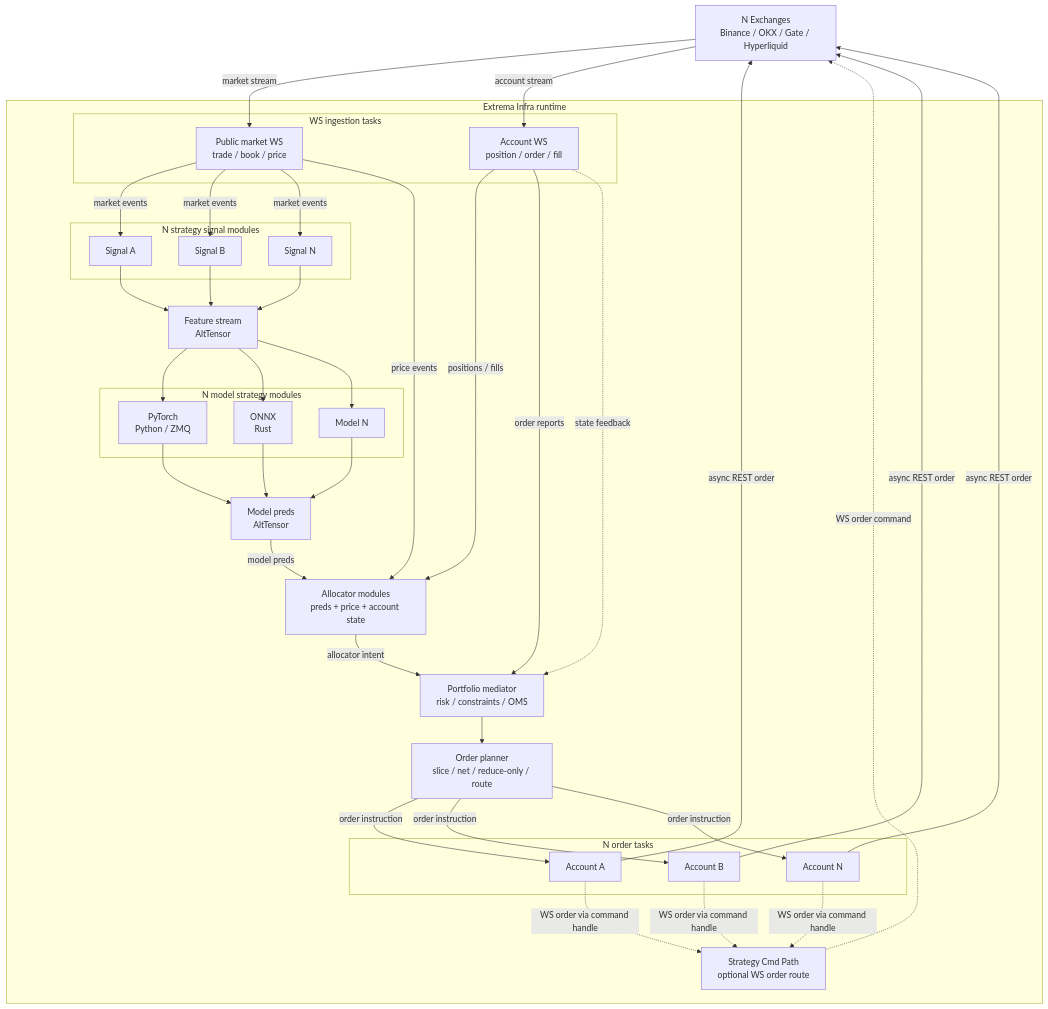
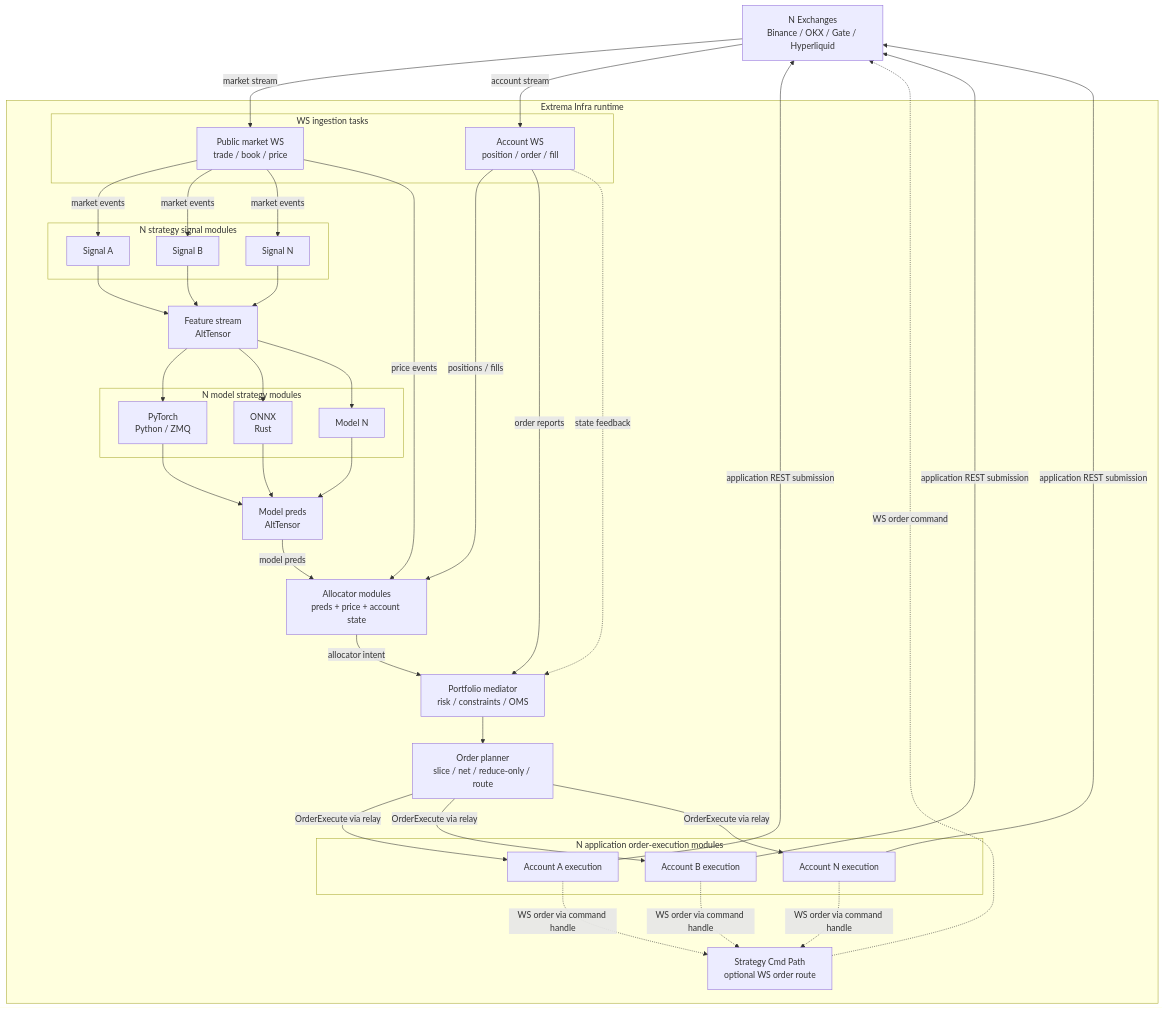
Before and after one commit to Lqz13Th/extrema_infra: the diagram in README.md, drawn with Mermaid. The commit also changed other lines of this file and 9 other files, not shown here.

````diff
--- a/README.md
+++ b/README.md
@@ -69,81 +69,81 @@
 ```mermaid
 flowchart TB
     EXS["N Exchanges<br/>Binance / OKX / Gate / Hyperliquid"]
 
     subgraph RT["Extrema Infra runtime"]
 
         subgraph INGEST["WS ingestion tasks"]
             PUB["Public market WS<br/>trade / book / price"]
             ACC["Account WS<br/>position / order / fill"]
         end
 
         subgraph SIGS["N strategy signal modules"]
             S1["Signal A"]
             S2["Signal B"]
             S3["Signal N"]
         end
 
         FEAT["Feature stream<br/>AltTensor"]
 
         subgraph MODELS["N model strategy modules"]
             M1["PyTorch<br/>Python / ZMQ"]
             M2["ONNX<br/>Rust"]
             M3["Model N"]
         end
 
         MPRED["Model preds<br/>AltTensor"]
         ALLOC["Allocator modules<br/>preds + price + account state"]
         PM["Portfolio mediator<br/>risk / constraints / OMS"]
         PLAN["Order planner<br/>slice / net / reduce-only / route"]
 
-        subgraph ORDERS["N order tasks"]
-            O1["Account A"]
-            O2["Account B"]
-            O3["Account N"]
+        subgraph ORDERS["N application order-execution modules"]
+            O1["Account A execution"]
+            O2["Account B execution"]
+            O3["Account N execution"]
         end
 
         CMD["Strategy Cmd Path<br/>optional WS order route"]
     end
 
     EXS -->|market stream| PUB
     EXS -->|account stream| ACC
 
     PUB -->|market events| S1
     PUB -->|market events| S2
     PUB -->|market events| S3
     PUB -->|price events| ALLOC
 
     S1 --> FEAT
     S2 --> FEAT
     S3 --> FEAT
 
     FEAT --> M1
     FEAT --> M2
     FEAT --> M3
 
     M1 --> MPRED
     M2 --> MPRED
     M3 --> MPRED
 
     MPRED -->|model preds| ALLOC
     ACC -->|positions / fills| ALLOC
     ACC -->|order reports| PM
 
     ALLOC -->|allocator intent| PM
     PM --> PLAN
 
-    PLAN -->|order instruction| O1
-    PLAN -->|order instruction| O2
-    PLAN -->|order instruction| O3
+    PLAN -->|OrderExecute via relay| O1
+    PLAN -->|OrderExecute via relay| O2
+    PLAN -->|OrderExecute via relay| O3
 
-    O1 -->|async REST order| EXS
-    O2 -->|async REST order| EXS
-    O3 -->|async REST order| EXS
+    O1 -->|application REST submission| EXS
+    O2 -->|application REST submission| EXS
+    O3 -->|application REST submission| EXS
 
     O1 -.->|WS order via command handle| CMD
     O2 -.->|WS order via command handle| CMD
     O3 -.->|WS order via command handle| CMD
     CMD -.->|WS order command| EXS
 
     ACC -.->|state feedback| PM
 ```
````
